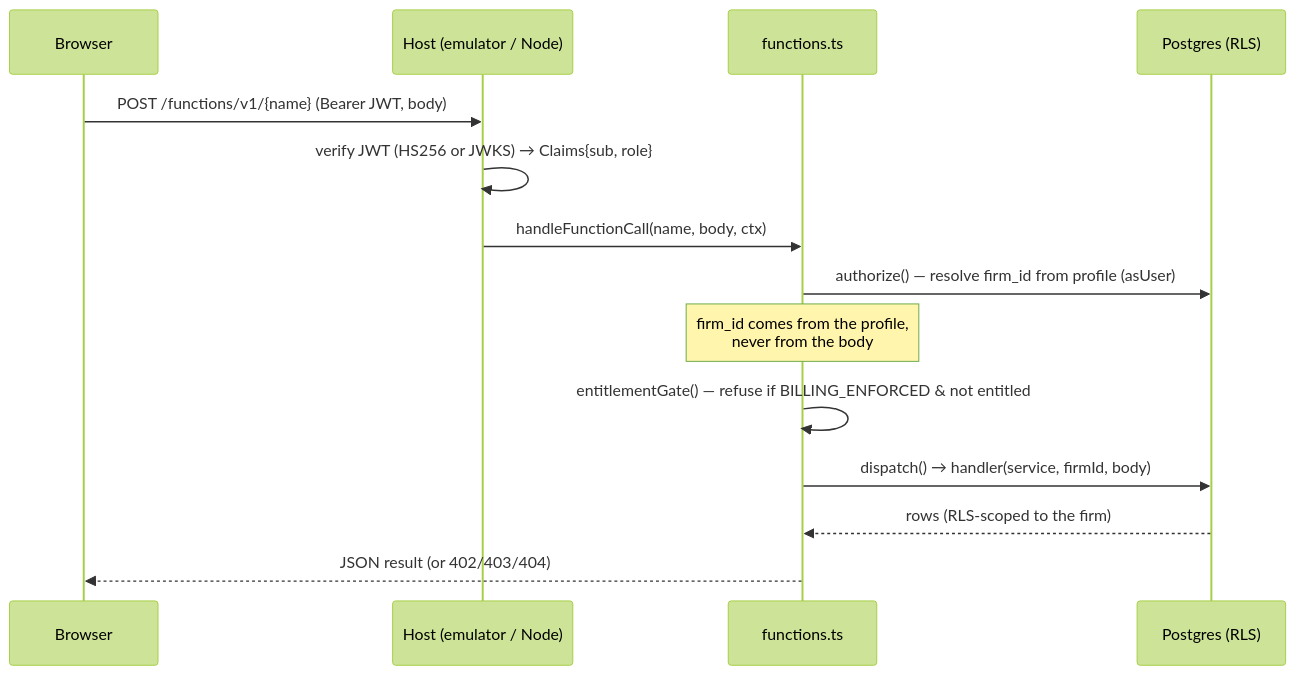
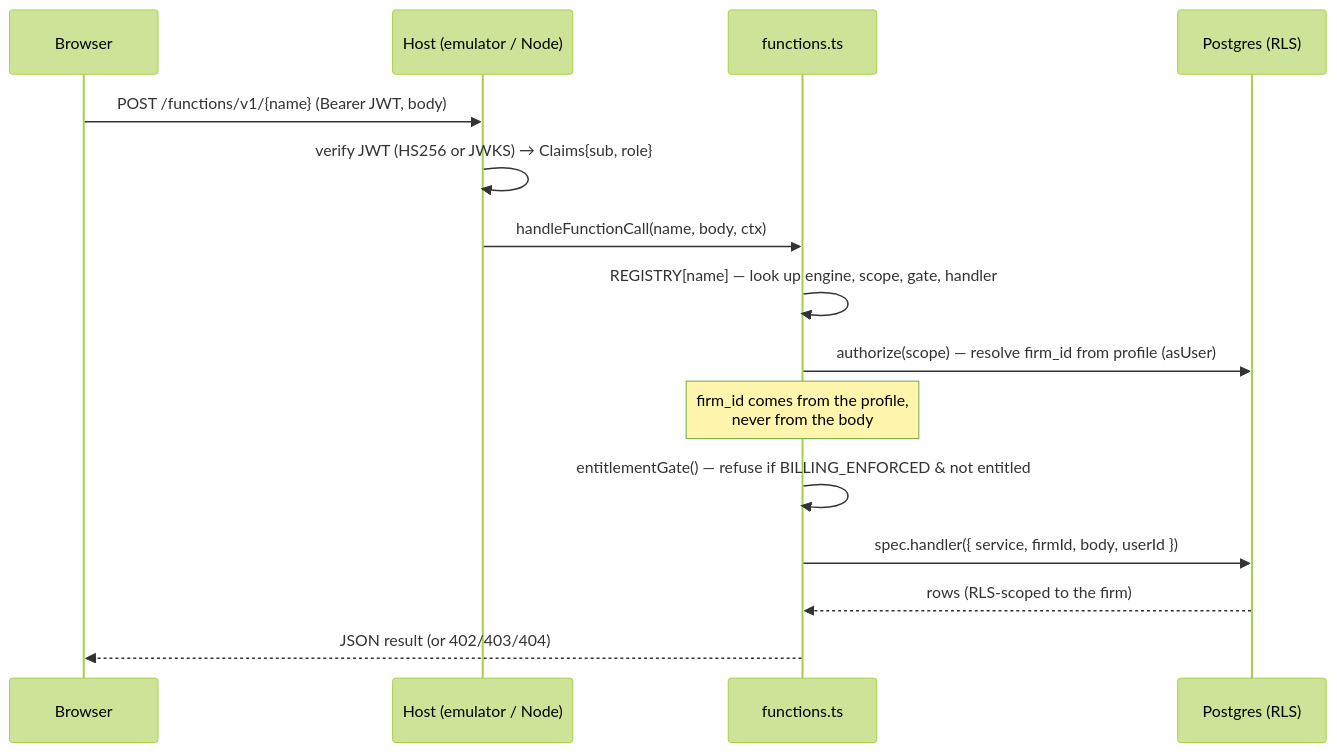
The second of 6 diagrams in docs/28-architecture-map.md (matthew-fsc/exitblueprint-mvp), drawn with Mermaid (forest theme) before and after one commit. The commit also changed other lines of this file and 6 other files, not shown here.

````diff
--- a/docs/28-architecture-map.md
+++ b/docs/28-architecture-map.md
@@ -62,17 +62,18 @@
 ```mermaid
 sequenceDiagram
   participant B as Browser
   participant H as Host (emulator / Node)
   participant R as functions.ts
   participant DB as Postgres (RLS)
 
   B->>H: POST /functions/v1/{name} (Bearer JWT, body)
   H->>H: verify JWT (HS256 or JWKS) → Claims{sub, role}
   H->>R: handleFunctionCall(name, body, ctx)
-  R->>DB: authorize() — resolve firm_id from profile (asUser)
+  R->>R: REGISTRY[name] — look up engine, scope, gate, handler
+  R->>DB: authorize(scope) — resolve firm_id from profile (asUser)
   Note over R: firm_id comes from the profile,<br/>never from the body
   R->>R: entitlementGate() — refuse if BILLING_ENFORCED & not entitled
-  R->>DB: dispatch() → handler(service, firmId, body)
+  R->>DB: spec.handler({ service, firmId, body, userId })
   DB-->>R: rows (RLS-scoped to the firm)
   R-->>B: JSON result (or 402/403/404)
 ```
````
